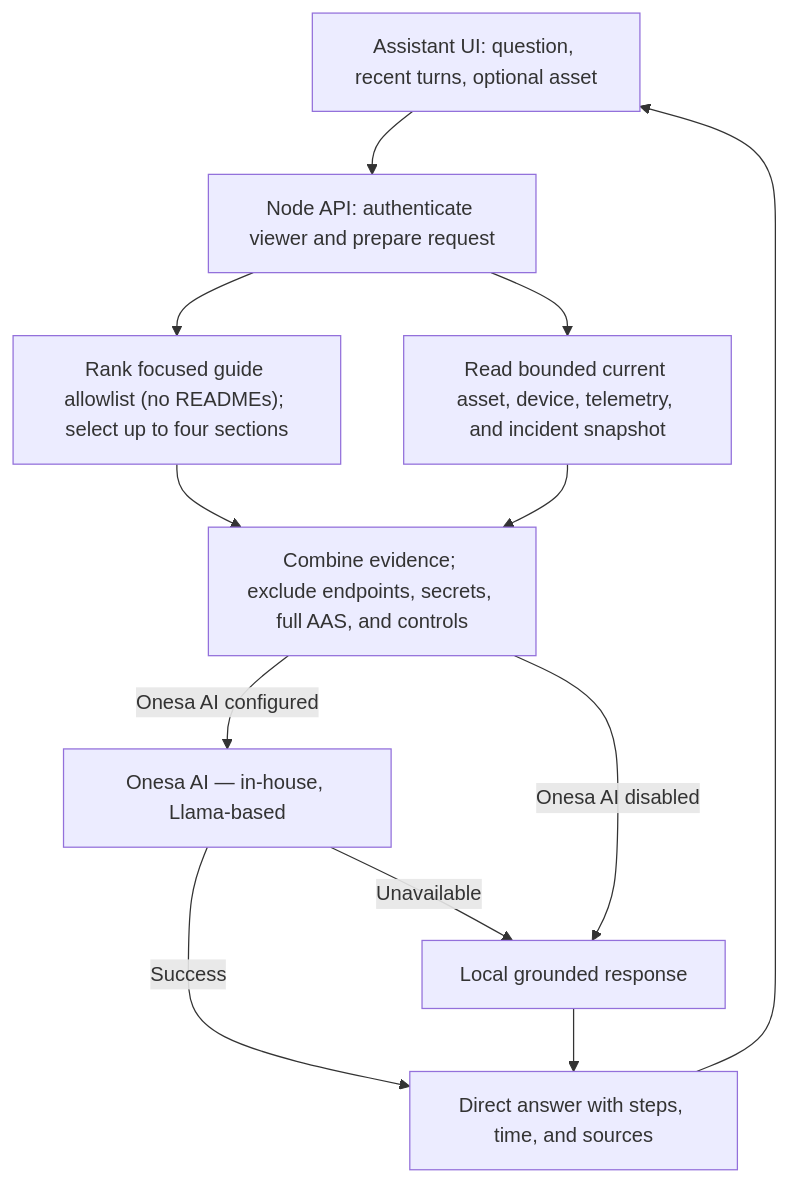
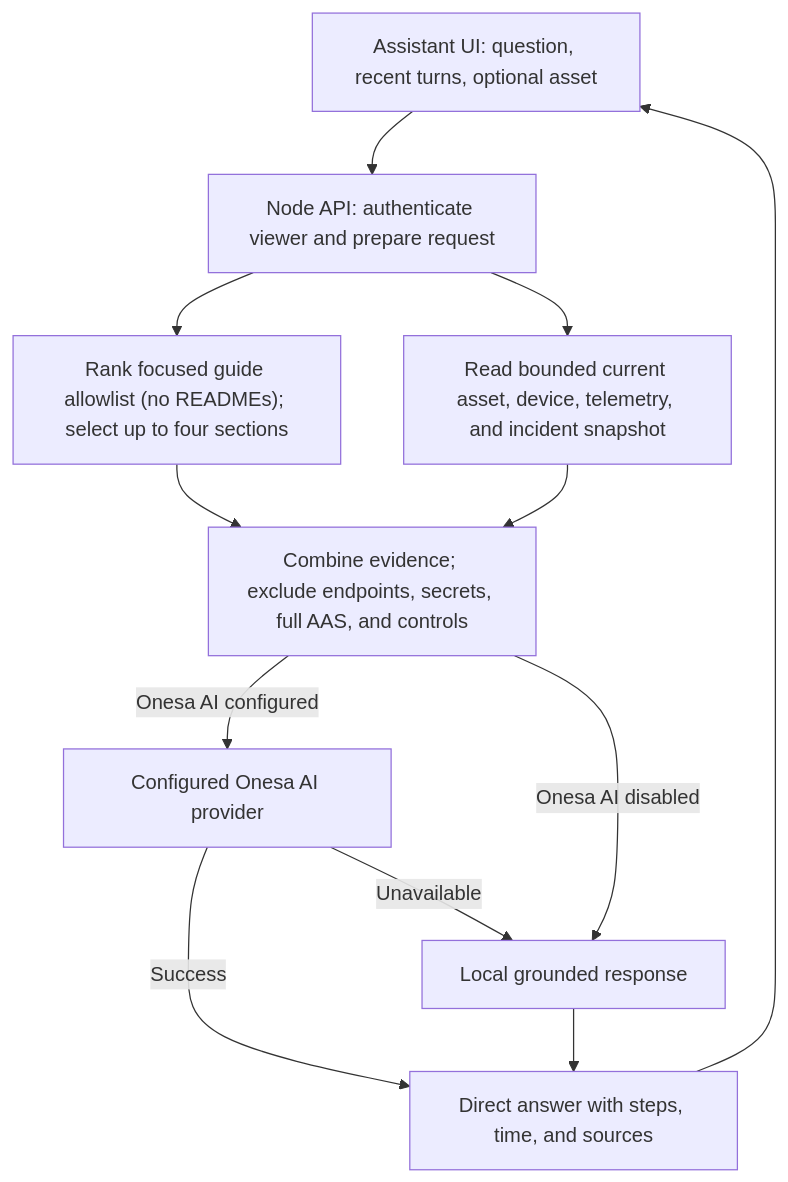
The fifth of 7 diagrams in client/public/docs/smartfactoryiot/api-flows.md (DruHustle/portfolio), drawn with Mermaid before and after one commit. The commit also changed other lines of this file and 78 other files, not shown here.

````diff
--- a/client/public/docs/smartfactoryiot/api-flows.md
+++ b/client/public/docs/smartfactoryiot/api-flows.md
@@ -76,14 +76,14 @@
 ```mermaid
 flowchart TD
   UI["Assistant UI: question, recent turns, optional asset"] --> API["Node API: authenticate viewer and prepare request"]
   API --> DOCS["Rank focused guide allowlist (no READMEs); select up to four sections"]
   API --> DB["Read bounded current asset, device, telemetry, and incident snapshot"]
   DOCS --> EVIDENCE["Combine evidence; exclude endpoints, secrets, full AAS, and controls"]
   DB --> EVIDENCE
-  EVIDENCE -->|Onesa AI configured| ONESA["Onesa AI — in-house, Llama-based"]
+  EVIDENCE -->|Onesa AI configured| ONESA["Configured Onesa AI provider"]
   EVIDENCE -->|Onesa AI disabled| LOCAL["Local grounded response"]
   ONESA -->|Success| ANSWER["Direct answer with steps, time, and sources"]
   ONESA -->|Unavailable| LOCAL
   LOCAL --> ANSWER
   ANSWER --> UI
 ```
````
